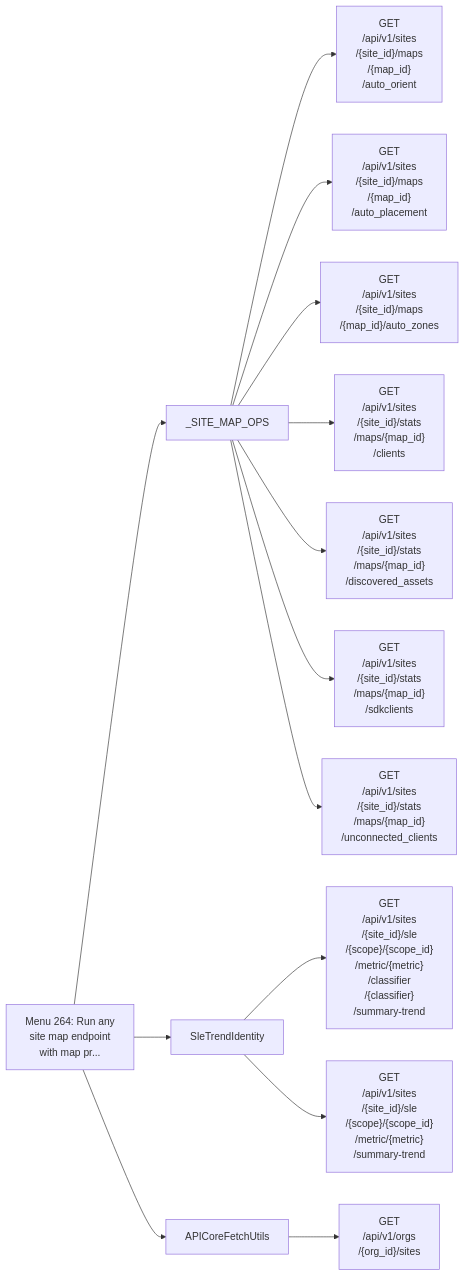
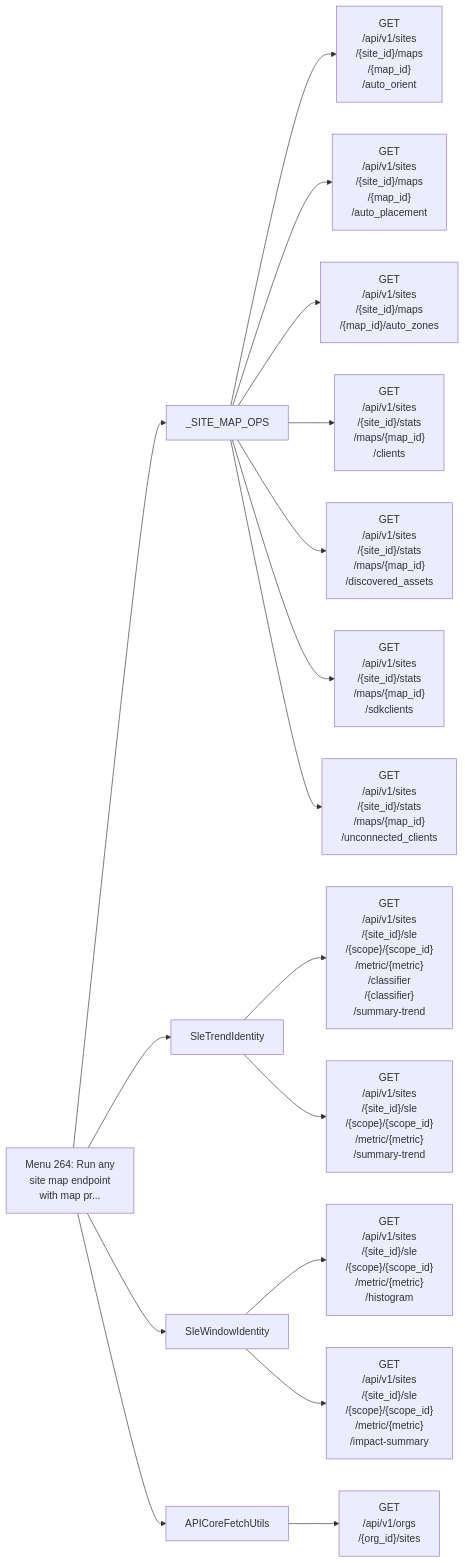
One commit to jmorrison-juniper/MistHelper changed diagram 21 of 26 in documentation/menu-api/interactive-safe.md. Above: the diagram before and after it, drawn with Mermaid. The commit also changed other lines of this file and 22 other files, not shown here.

First line of the commit message:
fix(sle): preserve summary window records (#4620)

````diff
--- a/documentation/menu-api/interactive-safe.md
+++ b/documentation/menu-api/interactive-safe.md
@@ -1575,17 +1575,20 @@
 ```mermaid
 flowchart LR
     menu["Menu 264: Run any<br/>site map endpoint<br/>with map pr..."]
     menu --> c1["_SITE_MAP_OPS"]
     c1 --> e1["GET<br/>/api/v1/sites<br/>/{site_id}/maps<br/>/{map_id}<br/>/auto_orient"]
     c1 --> e2["GET<br/>/api/v1/sites<br/>/{site_id}/maps<br/>/{map_id}<br/>/auto_placement"]
     c1 --> e3["GET<br/>/api/v1/sites<br/>/{site_id}/maps<br/>/{map_id}/auto_zones"]
     c1 --> e4["GET<br/>/api/v1/sites<br/>/{site_id}/stats<br/>/maps/{map_id}<br/>/clients"]
     c1 --> e5["GET<br/>/api/v1/sites<br/>/{site_id}/stats<br/>/maps/{map_id}<br/>/discovered_assets"]
     c1 --> e6["GET<br/>/api/v1/sites<br/>/{site_id}/stats<br/>/maps/{map_id}<br/>/sdkclients"]
     c1 --> e7["GET<br/>/api/v1/sites<br/>/{site_id}/stats<br/>/maps/{map_id}<br/>/unconnected_clients"]
     menu --> c2["SleTrendIdentity"]
     c2 --> e8["GET<br/>/api/v1/sites<br/>/{site_id}/sle<br/>/{scope}/{scope_id}<br/>/metric/{metric}<br/>/classifier<br/>/{classifier}<br/>/summary-trend"]
     c2 --> e9["GET<br/>/api/v1/sites<br/>/{site_id}/sle<br/>/{scope}/{scope_id}<br/>/metric/{metric}<br/>/summary-trend"]
-    menu --> c3["APICoreFetchUtils"]
-    c3 --> e10["GET<br/>/api/v1/orgs<br/>/{org_id}/sites"]
+    menu --> c3["SleWindowIdentity"]
+    c3 --> e10["GET<br/>/api/v1/sites<br/>/{site_id}/sle<br/>/{scope}/{scope_id}<br/>/metric/{metric}<br/>/histogram"]
+    c3 --> e11["GET<br/>/api/v1/sites<br/>/{site_id}/sle<br/>/{scope}/{scope_id}<br/>/metric/{metric}<br/>/impact-summary"]
+    menu --> c4["APICoreFetchUtils"]
+    c4 --> e12["GET<br/>/api/v1/orgs<br/>/{org_id}/sites"]
 ```
````
